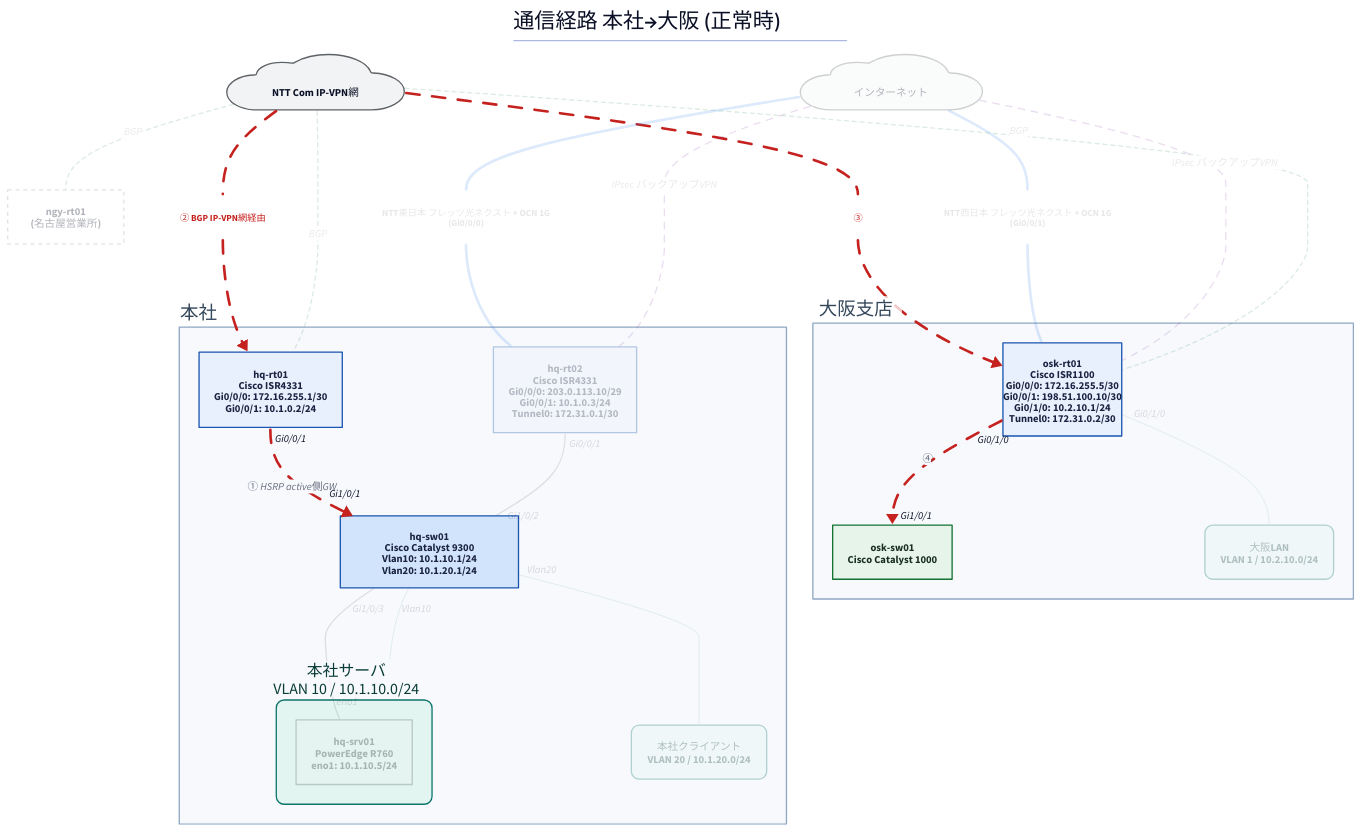
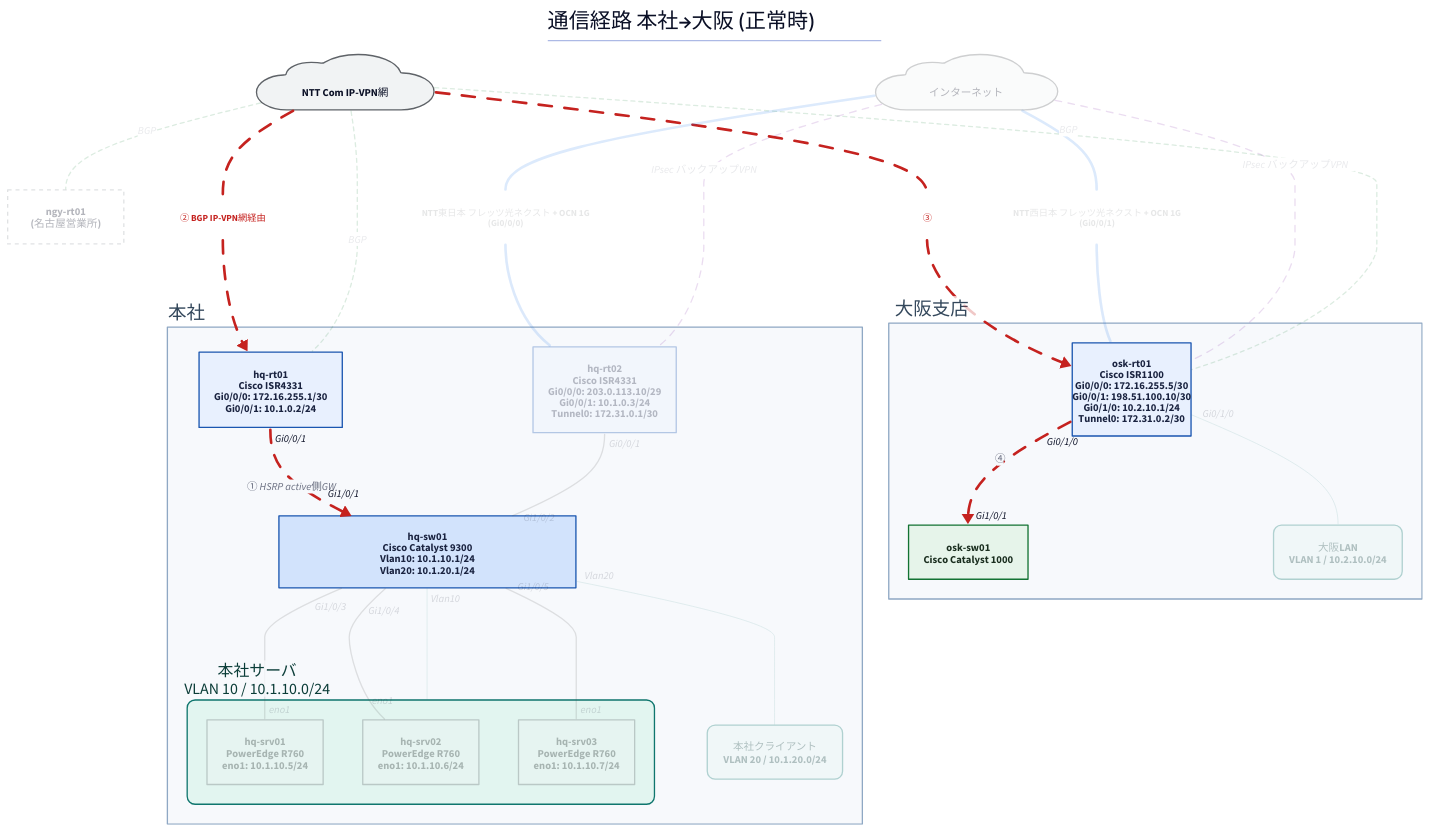
One commit to thinas1115/nwdsl changed the diagram in examples/sample-corp/generated/path-normal.d2. Above: the diagram before and after it, drawn with D2. The commit also changed 25 other files, not shown here.

```diff
--- a/examples/sample-corp/generated/path-normal.d2
+++ b/examples/sample-corp/generated/path-normal.d2
@@ -1,74 +1,78 @@
 title: |md
   # 通信経路 本社→大阪 (正常時)
 | {near: top-center}
 direction: down
 
 classes: {
   role-router: {style.fill: "#e8f0fe"; style.stroke: "#1a56b0"; style.font-color: "#1a2340"}
   role-l3switch: {style.fill: "#d2e3fc"; style.stroke: "#1a56b0"; style.font-color: "#1a2340"}
   role-l2switch: {style.fill: "#e6f4ea"; style.stroke: "#137333"; style.font-color: "#1a2e1f"}
   role-firewall: {style.fill: "#fce8e6"; style.stroke: "#c5221f"; style.font-color: "#3c1a19"}
   role-other: {style.fill: "#f1f3f4"; style.stroke: "#5f6368"; style.font-color: "#202124"}
   node-cloud: {shape: cloud; style.fill: "#f1f3f4"; style.stroke: "#5f6368"}
   node-site: {style.fill: "#fff8e1"; style.stroke: "#b58105"; style.font-color: "#4a3a08"}
   node-segment: {style.fill: "#e2f5f0"; style.stroke: "#0f766e"; style.font-color: "#0b3d38"; style.border-radius: 12}
   node-external: {style.fill: "#ffffff"; style.stroke: "#9aa0a6"; style.stroke-dash: 3}
   group-site: {style.fill: "#f7f9fc"; style.stroke: "#8fa8c4"; style.font-color: "#33475b"}
   edge-label: {style.fill: "transparent"; style.stroke: "transparent"; style.font-size: 14; style.font-color: "#5f6368"; style.italic: true}
   edge-lan-cable: {style.stroke: "#4a4a4a"; style.stroke-width: 2}
   edge-wan-circuit: {style.stroke: "#1a73e8"; style.stroke-width: 4}
   edge-tunnel: {style.stroke: "#7b1fa2"; style.stroke-width: 2; style.stroke-dash: 5}
   edge-logical: {style.stroke: "#188038"; style.stroke-width: 2; style.stroke-dash: 3}
   edge-segment: {style.stroke: "#0f766e"; style.stroke-width: 1}
 }
 
 s_hq: "本社" {
   class: group-site
   label.near: outside-top-left
   n_hq_rt01: "hq-rt01\nCisco ISR4331\nGi0/0/0: 172.16.255.1/30\nGi0/0/1: 10.1.0.2/24" {class: role-router}
-  n_hq_sw01: "hq-sw01\nCisco Catalyst 9300\nVlan10: 10.1.10.1/24\nVlan20: 10.1.20.1/24" {class: role-l3switch; width: 270}
+  n_hq_sw01: "hq-sw01\nCisco Catalyst 9300\nVlan10: 10.1.10.1/24\nVlan20: 10.1.20.1/24" {class: role-l3switch; width: 450}
   n_hq_rt02: "hq-rt02\nCisco ISR4331\nGi0/0/0: 203.0.113.10/29\nGi0/0/1: 10.1.0.3/24\nTunnel0: 172.31.0.1/30" {class: role-router; style.opacity: 0.3}
   n_seg__hq_server: "本社サーバ\nVLAN 10 / 10.1.10.0/24" {
     class: node-segment
     label.near: outside-top-left
     n_hq_srv01: "hq-srv01\nPowerEdge R760\neno1: 10.1.10.5/24" {class: role-other; style.opacity: 0.3}
+    n_hq_srv02: "hq-srv02\nPowerEdge R760\neno1: 10.1.10.6/24" {class: role-other; style.opacity: 0.3}
+    n_hq_srv03: "hq-srv03\nPowerEdge R760\neno1: 10.1.10.7/24" {class: role-other; style.opacity: 0.3}
   }
   n_seg__hq_client: "本社クライアント\nVLAN 20 / 10.1.20.0/24" {class: node-segment; style.opacity: 0.3}
 }
 
 s_osk: "大阪支店" {
   class: group-site
   label.near: outside-top-left
   n_osk_rt01: "osk-rt01\nCisco ISR1100\nGi0/0/0: 172.16.255.5/30\nGi0/0/1: 198.51.100.10/30\nGi0/1/0: 10.2.10.1/24\nTunnel0: 172.31.0.2/30" {class: role-router; width: 180}
   n_osk_sw01: "osk-sw01\nCisco Catalyst 1000" {class: role-l2switch}
   n_seg__osk_lan: "大阪LAN\nVLAN 1 / 10.2.10.0/24" {class: node-segment; style.opacity: 0.3}
 }
 
 n_ipvpn: "　NTT Com IP-VPN網　" {class: node-cloud}
 n_internet: "　インターネット　" {class: node-cloud; style.opacity: 0.3}
 n_ngy_rt01: "ngy-rt01\n(名古屋営業所)" {class: node-external; style.opacity: 0.3}
 
 s_hq.n_hq_rt01 -> s_hq.n_hq_sw01: "① HSRP active側GW" {class: edge-lan-cable; source-arrowhead.label: "Gi0/0/1"; target-arrowhead.label: "Gi1/0/1"; style.stroke: "#c5221f"; style.stroke-width: 4; style.animated: true}
 s_hq.n_hq_rt02 -- s_hq.n_hq_sw01 {class: edge-lan-cable; source-arrowhead.label: "Gi0/0/1"; target-arrowhead.label: "Gi1/0/2"; style.opacity: 0.15}
 s_osk.n_osk_rt01 -> s_osk.n_osk_sw01: "④" {class: edge-lan-cable; source-arrowhead.label: "Gi0/1/0"; target-arrowhead.label: "Gi1/0/1"; style.stroke: "#c5221f"; style.stroke-width: 4; style.animated: true}
 s_hq.n_hq_sw01 -- s_hq.n_seg__hq_server.n_hq_srv01 {class: edge-lan-cable; source-arrowhead.label: "Gi1/0/3"; target-arrowhead.label: "eno1"; style.opacity: 0.15}
-lbl_4: "② BGP IP-VPN網経由" {class: edge-label; style.font-color: "#c5221f"; style.bold: true}
-n_ipvpn -- lbl_4 {class: edge-wan-circuit; style.stroke: "#c5221f"; style.stroke-width: 4; style.animated: true}
-lbl_4 -> s_hq.n_hq_rt01 {class: edge-wan-circuit; style.stroke: "#c5221f"; style.stroke-width: 4; style.animated: true}
-lbl_5: "③" {class: edge-label; style.font-color: "#c5221f"; style.bold: true}
-n_ipvpn -- lbl_5 {class: edge-wan-circuit; style.stroke: "#c5221f"; style.stroke-width: 4; style.animated: true}
-lbl_5 -> s_osk.n_osk_rt01 {class: edge-wan-circuit; style.stroke: "#c5221f"; style.stroke-width: 4; style.animated: true}
-lbl_6: "NTT東日本 フレッツ光ネクスト + OCN 1G\n(Gi0/0/0)" {class: edge-label; style.opacity: 0.15}
-n_internet -- lbl_6 {class: edge-wan-circuit; style.opacity: 0.15}
-lbl_6 -- s_hq.n_hq_rt02 {class: edge-wan-circuit; style.opacity: 0.15}
-lbl_7: "NTT西日本 フレッツ光ネクスト + OCN 1G\n(Gi0/0/1)" {class: edge-label; style.opacity: 0.15}
-n_internet -- lbl_7 {class: edge-wan-circuit; style.opacity: 0.15}
-lbl_7 -- s_osk.n_osk_rt01 {class: edge-wan-circuit; style.opacity: 0.15}
+s_hq.n_hq_sw01 -- s_hq.n_seg__hq_server.n_hq_srv02 {class: edge-lan-cable; source-arrowhead.label: "Gi1/0/4"; target-arrowhead.label: "eno1"; style.opacity: 0.15}
+s_hq.n_hq_sw01 -- s_hq.n_seg__hq_server.n_hq_srv03 {class: edge-lan-cable; source-arrowhead.label: "Gi1/0/5"; target-arrowhead.label: "eno1"; style.opacity: 0.15}
+lbl_6: "② BGP IP-VPN網経由" {class: edge-label; style.font-color: "#c5221f"; style.bold: true}
+n_ipvpn -- lbl_6 {class: edge-wan-circuit; style.stroke: "#c5221f"; style.stroke-width: 4; style.animated: true}
+lbl_6 -> s_hq.n_hq_rt01 {class: edge-wan-circuit; style.stroke: "#c5221f"; style.stroke-width: 4; style.animated: true}
+lbl_7: "③" {class: edge-label; style.font-color: "#c5221f"; style.bold: true}
+n_ipvpn -- lbl_7 {class: edge-wan-circuit; style.stroke: "#c5221f"; style.stroke-width: 4; style.animated: true}
+lbl_7 -> s_osk.n_osk_rt01 {class: edge-wan-circuit; style.stroke: "#c5221f"; style.stroke-width: 4; style.animated: true}
+lbl_8: "NTT東日本 フレッツ光ネクスト + OCN 1G\n(Gi0/0/0)" {class: edge-label; style.opacity: 0.15}
+n_internet -- lbl_8 {class: edge-wan-circuit; style.opacity: 0.15}
+lbl_8 -- s_hq.n_hq_rt02 {class: edge-wan-circuit; style.opacity: 0.15}
+lbl_9: "NTT西日本 フレッツ光ネクスト + OCN 1G\n(Gi0/0/1)" {class: edge-label; style.opacity: 0.15}
+n_internet -- lbl_9 {class: edge-wan-circuit; style.opacity: 0.15}
+lbl_9 -- s_osk.n_osk_rt01 {class: edge-wan-circuit; style.opacity: 0.15}
 n_internet -- s_hq.n_hq_rt02: "IPsec バックアップVPN" {class: edge-tunnel; style.opacity: 0.15}
 n_internet -- s_osk.n_osk_rt01: "IPsec バックアップVPN" {class: edge-tunnel; style.opacity: 0.15}
 n_ipvpn -- s_hq.n_hq_rt01: "BGP" {class: edge-logical; style.opacity: 0.15}
 n_ipvpn -- s_osk.n_osk_rt01: "BGP" {class: edge-logical; style.opacity: 0.15}
 n_ipvpn -- n_ngy_rt01: "BGP" {class: edge-logical; style.opacity: 0.15}
 s_hq.n_hq_sw01 -- s_hq.n_seg__hq_server {class: edge-segment; source-arrowhead.label: "Vlan10"; style.opacity: 0.15}
 s_hq.n_hq_sw01 -- s_hq.n_seg__hq_client {class: edge-segment; source-arrowhead.label: "Vlan20"; style.opacity: 0.15}
 s_osk.n_osk_rt01 -- s_osk.n_seg__osk_lan {class: edge-segment; source-arrowhead.label: "Gi0/1/0"; style.opacity: 0.15}
```
